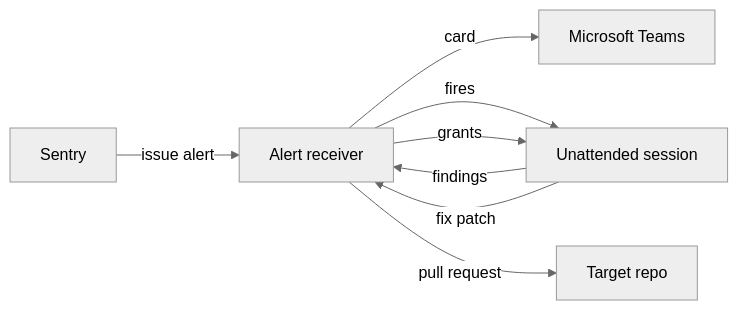
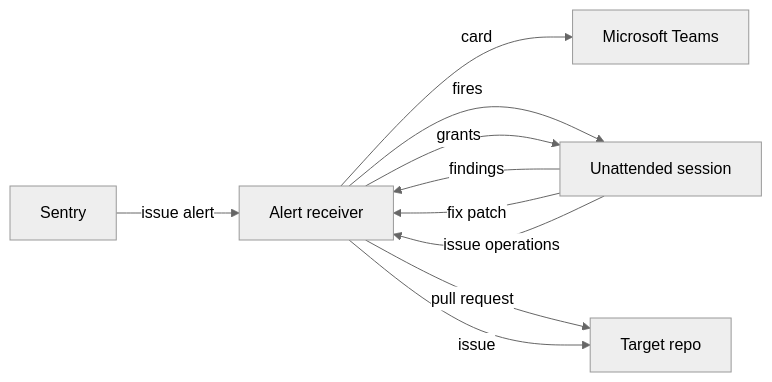
One commit to sentasity/sentinel changed the diagram in website/src/content/docs/how-it-works.mdx. Above: the diagram before and after it, drawn with Mermaid (neutral theme). The commit also changed other lines of this file and 39 other files, not shown here.

````diff
--- a/website/src/content/docs/how-it-works.mdx
+++ b/website/src/content/docs/how-it-works.mdx
@@ -8,10 +8,12 @@
 ```mermaid
 flowchart LR
     Sentry -->|issue alert| Receiver[Alert receiver]
     Receiver -->|card| Teams[Microsoft Teams]
     Receiver -->|fires| Routine[Unattended session]
     Routine -->|findings| Receiver
     Receiver -->|grants| Routine
     Routine -->|fix patch| Receiver
     Receiver -->|pull request| Repo[Target repo]
+    Routine -->|issue operations| Receiver
+    Receiver -->|issue| Repo
 ```
````
